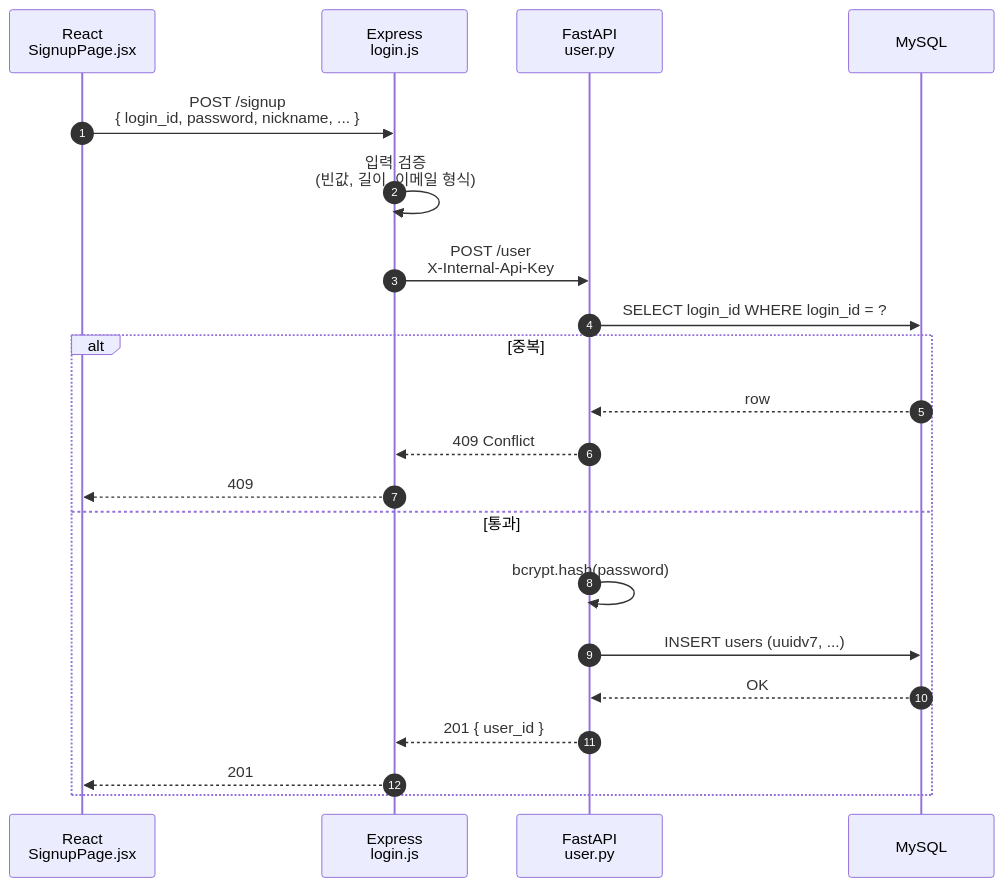
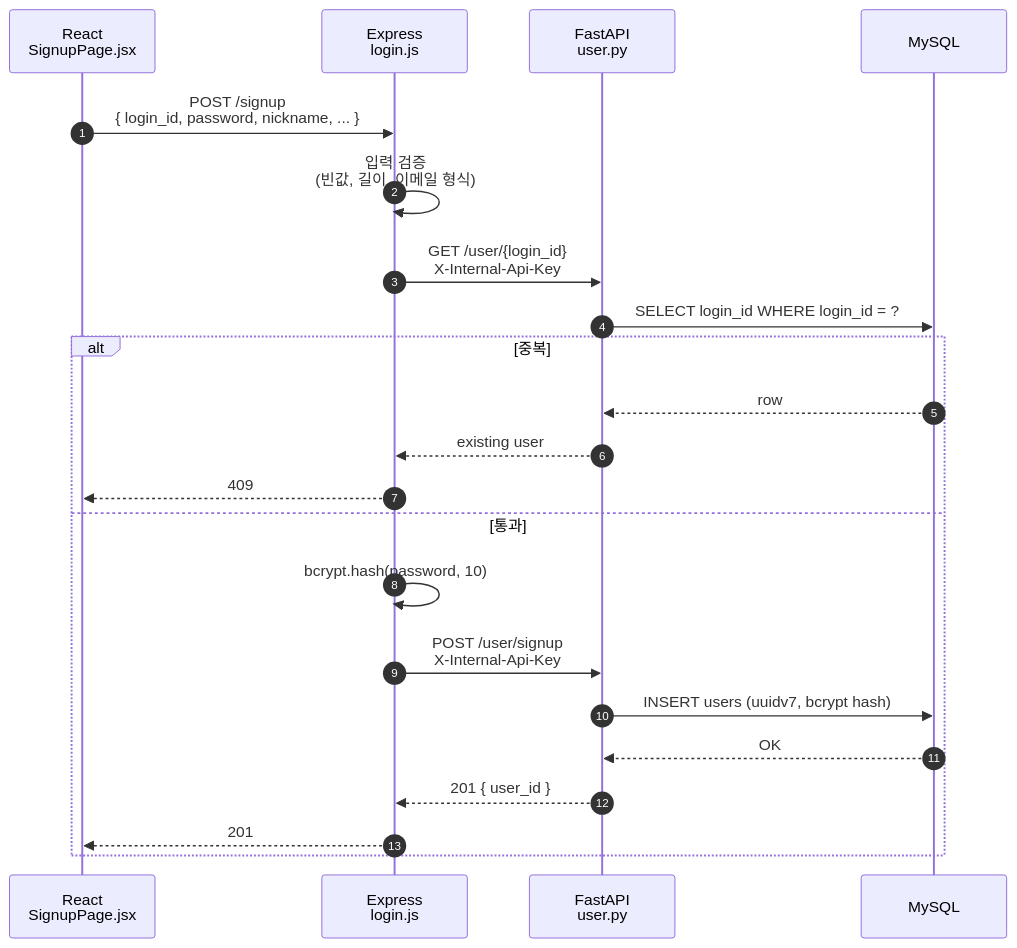
One commit to junseoja/capston changed the first of 4 diagrams in docs/report/04-authentication.md. Above: the diagram before and after it, drawn with Mermaid. The commit also changed other lines of this file and 9 other files, not shown here.

````diff
--- a/docs/report/04-authentication.md
+++ b/docs/report/04-authentication.md
@@ -14,24 +14,25 @@
 ```mermaid
 sequenceDiagram
     autonumber
     participant FE as React<br/>SignupPage.jsx
     participant BE as Express<br/>login.js
     participant API as FastAPI<br/>user.py
     participant DB as MySQL
 
     FE->>BE: POST /signup<br/>{ login_id, password, nickname, ... }
     BE->>BE: 입력 검증<br/>(빈값, 길이, 이메일 형식)
-    BE->>API: POST /user<br/>X-Internal-Api-Key
+    BE->>API: GET /user/{login_id}<br/>X-Internal-Api-Key
     API->>DB: SELECT login_id WHERE login_id = ?
     alt 중복
         DB-->>API: row
-        API-->>BE: 409 Conflict
+        API-->>BE: existing user
         BE-->>FE: 409
     else 통과
-        API->>API: bcrypt.hash(password)
-        API->>DB: INSERT users (uuidv7, ...)
+        BE->>BE: bcrypt.hash(password, 10)
+        BE->>API: POST /user/signup<br/>X-Internal-Api-Key
+        API->>DB: INSERT users (uuidv7, bcrypt hash)
         DB-->>API: OK
         API-->>BE: 201 { user_id }
         BE-->>FE: 201
     end
 ```
````
